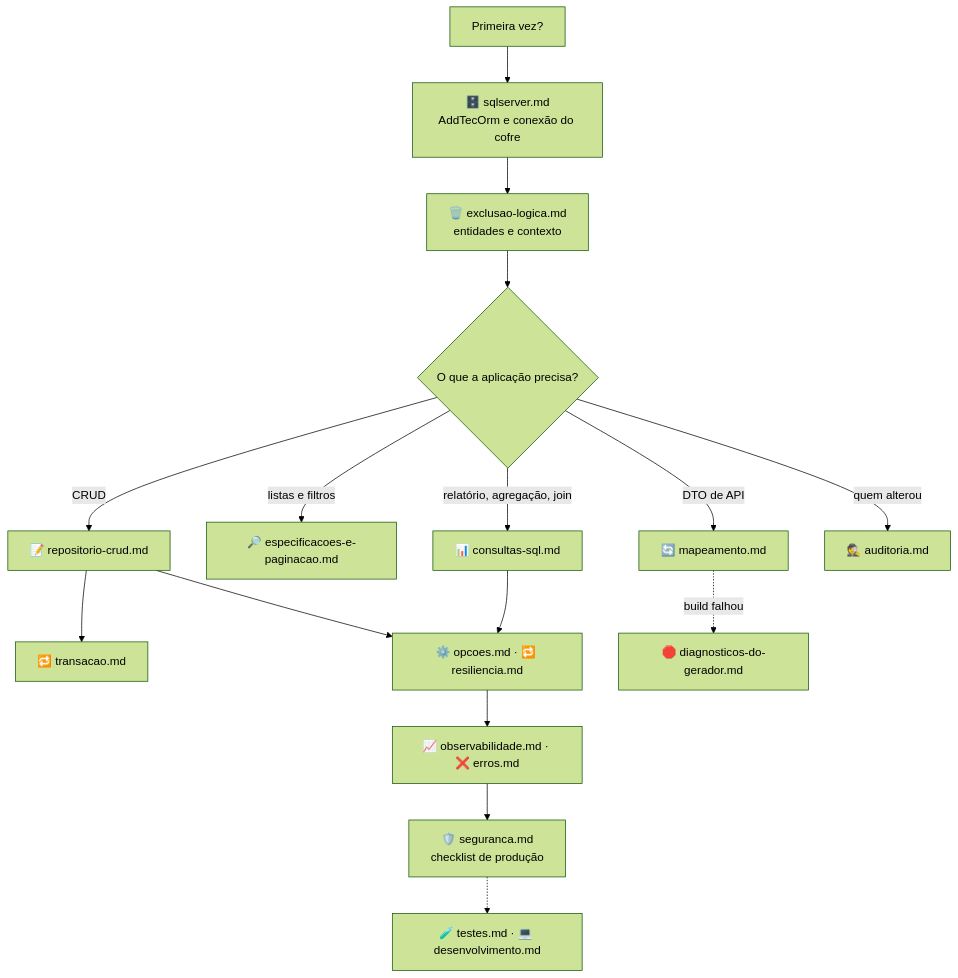
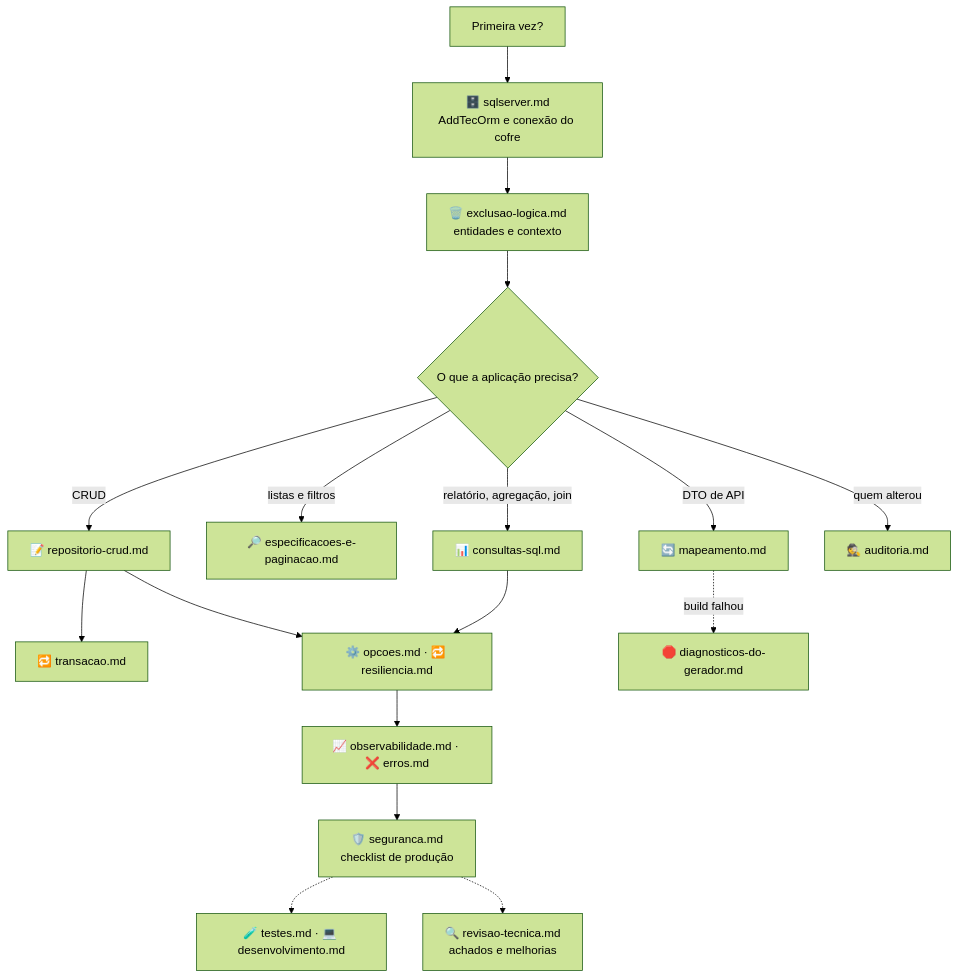
One commit to tudoemcodigo/lib-tec-orm changed the diagram in docs/README.md. Above: the diagram before and after it, drawn with Mermaid (forest theme). The commit also changed other lines of this file and 53 other files, not shown here.

````diff
--- a/docs/README.md
+++ b/docs/README.md
@@ -45,18 +46,19 @@
 ```mermaid
 flowchart TD
     A["Primeira vez?"] --> S["🗄️ sqlserver.md<br/>AddTecOrm e conexão do cofre"]
     S --> E["🗑️ exclusao-logica.md<br/>entidades e contexto"]
     E --> Q{"O que a aplicação precisa?"}
     Q -->|"CRUD"| R["📝 repositorio-crud.md"]
     Q -->|"listas e filtros"| P["🔎 especificacoes-e-paginacao.md"]
     Q -->|"relatório, agregação, join"| C["📊 consultas-sql.md"]
     Q -->|"DTO de API"| M["🔄 mapeamento.md"]
     Q -->|"quem alterou"| AU["🕵️ auditoria.md"]
     R --> T["🔁 transacao.md"]
     M -.->|"build falhou"| D["🛑 diagnosticos-do-gerador.md"]
     R --> O["⚙️ opcoes.md · 🔁 resiliencia.md"]
     C --> O
     O --> OB["📈 observabilidade.md · ❌ erros.md"]
     OB --> SEC["🛡️ seguranca.md<br/>checklist de produção"]
     SEC -.-> TS["🧪 testes.md · 💻 desenvolvimento.md"]
+    SEC -.-> RV["🔍 revisao-tecnica.md<br/>achados e melhorias"]
 ```
````
